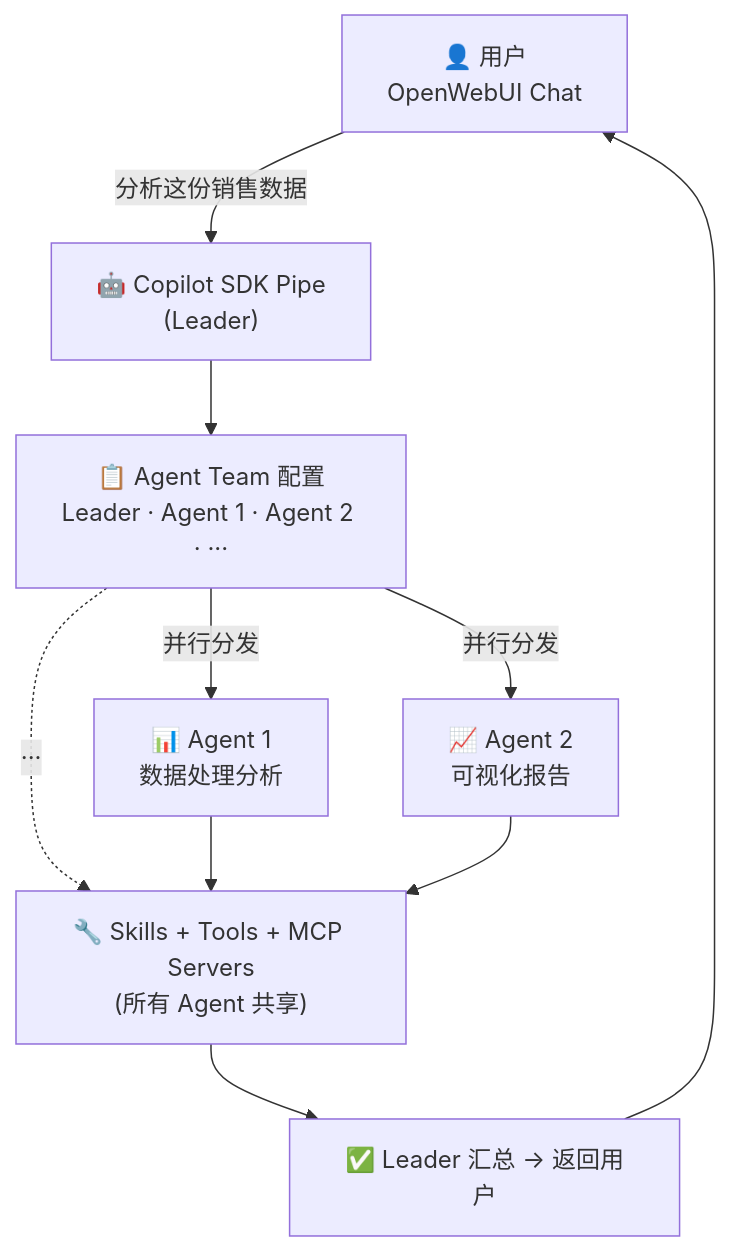
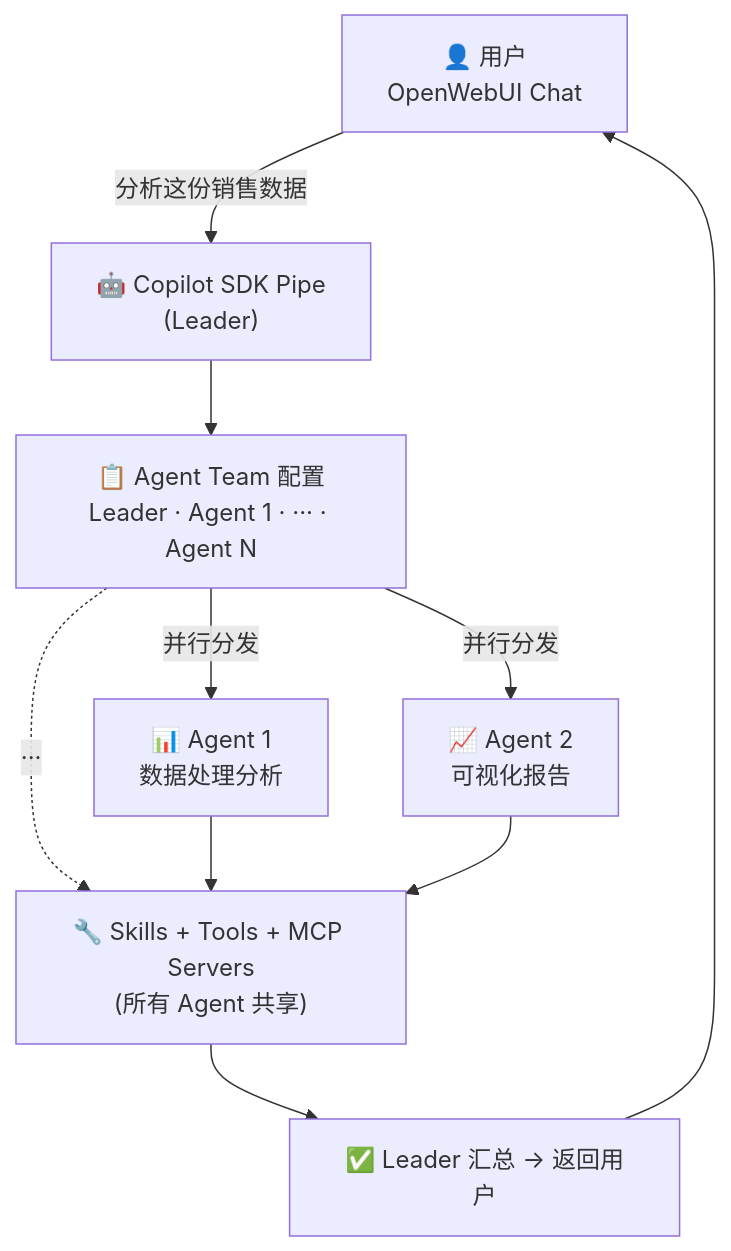
Before and after one commit to MarceloMassarente/openwebui-extensions: the diagram in plugins/pipes/github-copilot-sdk/community_post_CN.md, drawn with Mermaid. The commit also changed 1 other file, not shown here.

Commit message:
docs(github-copilot-sdk): label final agent slot as Agent N in Mermaid diagram

````diff
--- a/plugins/pipes/github-copilot-sdk/community_post_CN.md
+++ b/plugins/pipes/github-copilot-sdk/community_post_CN.md
@@ -28,20 +28,20 @@
 ```mermaid
 flowchart TD
     User["👤 用户<br/>OpenWebUI Chat"]
     Pipe["🤖 Copilot SDK Pipe<br/>(Leader)"]
-    Config["📋 Agent Team 配置<br/>Leader · Agent 1 · Agent 2 · ···"]
+    Config["📋 Agent Team 配置<br/>Leader · Agent 1 · ··· · Agent N"]
     A1["📊 Agent 1<br/>数据处理分析"]
     A2["📈 Agent 2<br/>可视化报告"]
     Tools["🔧 Skills + Tools + MCP Servers<br/>(所有 Agent 共享)"]
     Result["✅ Leader 汇总 → 返回用户"]
 
     User -->|"分析这份销售数据"| Pipe
     Pipe --> Config
     Config -->|"并行分发"| A1
     Config -->|"并行分发"| A2
     Config -.->|"···"| Tools
     A1 --> Tools
     A2 --> Tools
     Tools --> Result
     Result --> User
 ```
````
